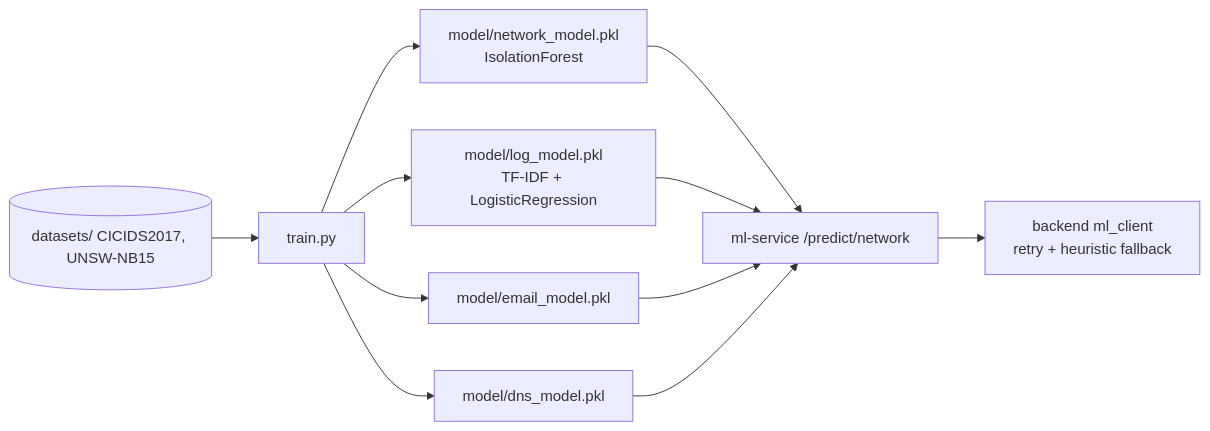
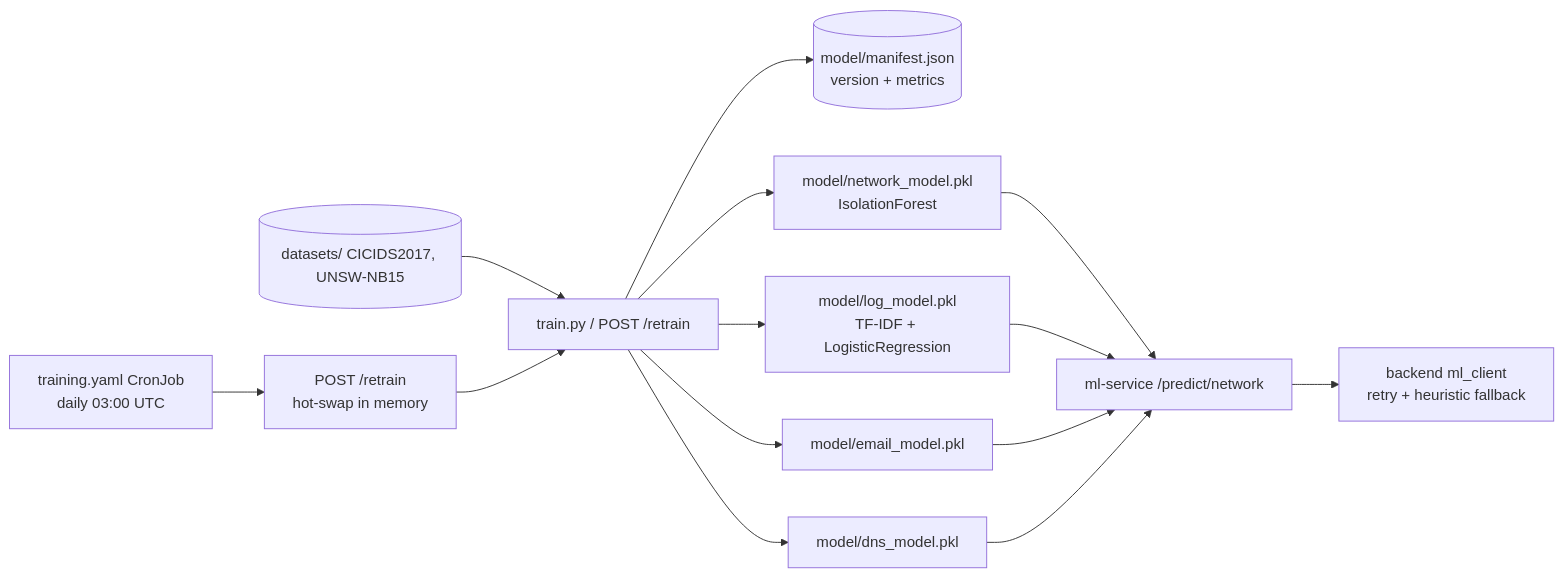
Before and after one commit to K-Anjan25/AI-Enhanced-Cybersecurity-Threat-Detector: the diagram in docs/ml-pipeline.md, drawn with Mermaid. The commit also changed other lines of this file and 28 other files, not shown here.

````diff
--- a/docs/ml-pipeline.md
+++ b/docs/ml-pipeline.md
@@ -9,13 +9,16 @@
 ```mermaid
 flowchart LR
-    DS[(datasets/ CICIDS2017, UNSW-NB15)] --> TR[train.py]
+    DS[(datasets/ CICIDS2017, UNSW-NB15)] --> TR[train.py / POST /retrain]
+    TR --> MAN[(model/manifest.json<br/>version + metrics)]
     TR --> NET[model/network_model.pkl<br/>IsolationForest]
     TR --> LOG[model/log_model.pkl<br/>TF-IDF + LogisticRegression]
     TR --> EMAIL[model/email_model.pkl]
     TR --> DNS[model/dns_model.pkl]
     NET --> API[ml-service /predict/network]
     LOG --> API
     EMAIL --> API
     DNS --> API
     API --> BACKEND[backend ml_client<br/>retry + heuristic fallback]
+    CJS[training.yaml CronJob<br/>daily 03:00 UTC] --> API2[POST /retrain<br/>hot-swap in memory]
+    API2 --> TR
 ```
````
